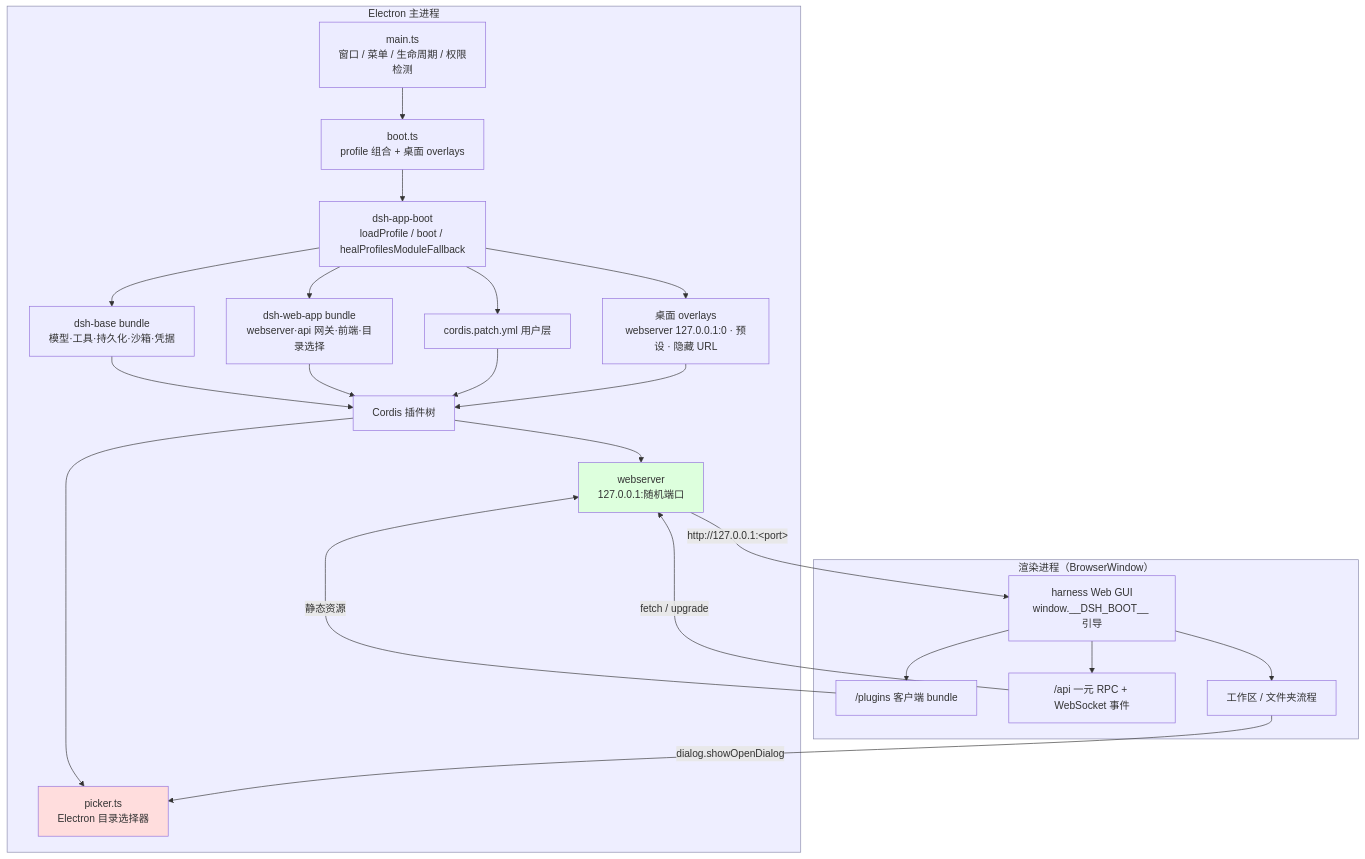
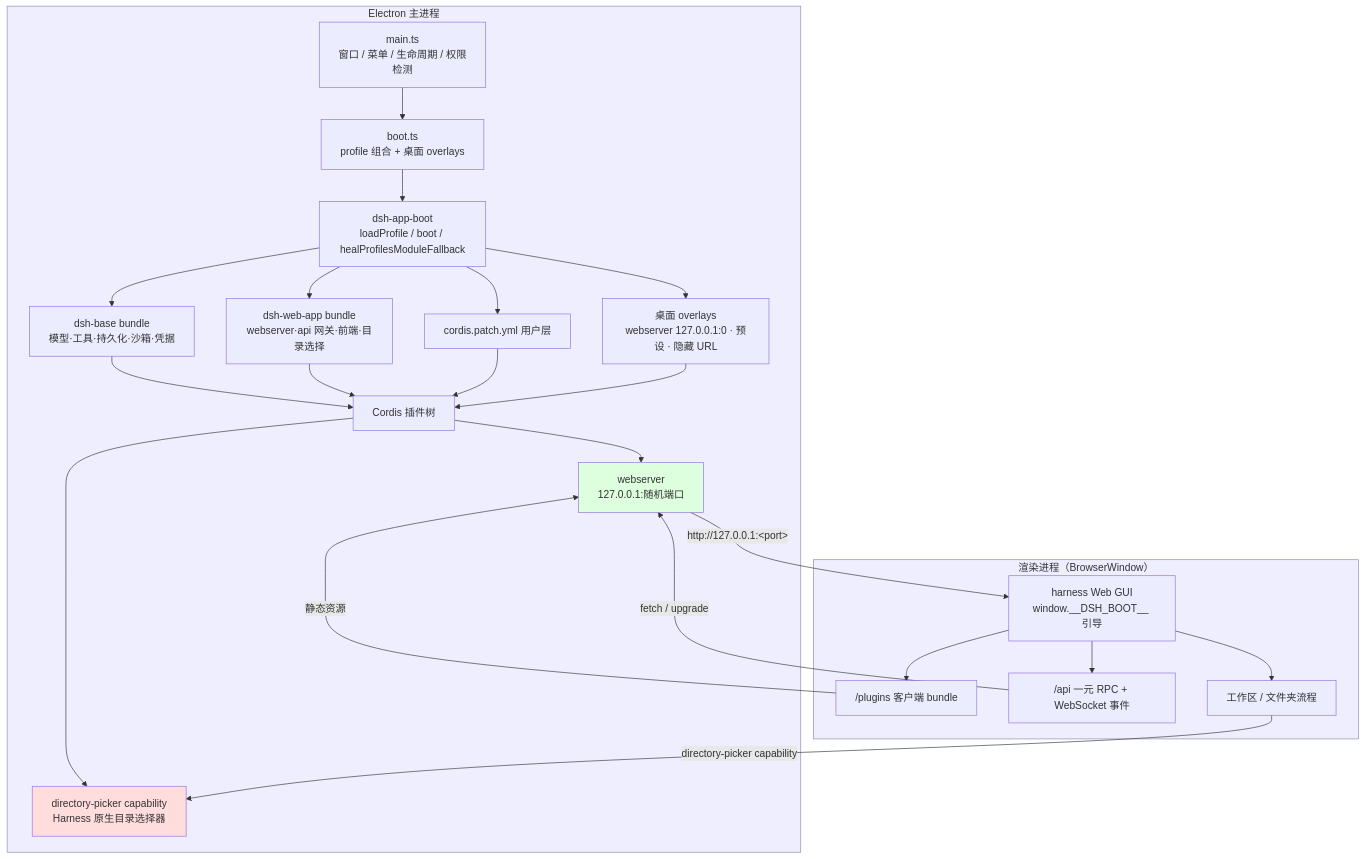
One commit to paitony/dsh-work changed the first of 2 diagrams in docs/architecture.md. Above: the diagram before and after it, drawn with Mermaid. The commit also changed other lines of this file and 5 other files, not shown here.

Commit message:
docs(desktop): add architecture and runtime diagrams

````diff
--- a/docs/architecture.md
+++ b/docs/architecture.md
@@ -5,30 +5,30 @@
 ```mermaid
 flowchart TB
     subgraph main["Electron 主进程"]
         M["main.ts<br/>窗口 / 菜单 / 生命周期 / 权限检测"] --> B["boot.ts<br/>profile 组合 + 桌面 overlays"]
         B --> BOOT["dsh-app-boot<br/>loadProfile / boot / healProfilesModuleFallback"]
         BOOT --> BASE["dsh-base bundle<br/>模型·工具·持久化·沙箱·凭据"]
         BOOT --> WEBAPP["dsh-web-app bundle<br/>webserver·api 网关·前端·目录选择"]
         BOOT --> USER["cordis.patch.yml 用户层"]
         BOOT --> OVERLAY["桌面 overlays<br/>webserver 127.0.0.1:0 · 预设 · 隐藏 URL"]
         BASE & WEBAPP & USER & OVERLAY --> TREE["Cordis 插件树"]
         TREE --> WS["webserver<br/>127.0.0.1:随机端口"]
-        TREE --> PICKER["picker.ts<br/>Electron 目录选择器"]
+        TREE --> PICKER["directory-picker capability<br/>Harness 原生目录选择器"]
     end
     subgraph renderer["渲染进程（BrowserWindow）"]
         UI["harness Web GUI<br/>window.__DSH_BOOT__ 引导"]
         UI --> BUNDLES["/plugins 客户端 bundle"]
         UI --> API["/api 一元 RPC + WebSocket 事件"]
         UI --> WSFLOW["工作区 / 文件夹流程"]
     end
     WS -- "http://127.0.0.1:&lt;port&gt;" --> UI
     BUNDLES -- "静态资源" --> WS
     API -- "fetch / upgrade" --> WS
-    WSFLOW -- "dialog.showOpenDialog" --> PICKER
+    WSFLOW -- "directory-picker capability" --> PICKER
 
     classDef process fill:#eef,stroke:#88a
     class main,renderer process
 
     style WS fill:#dfd
     style PICKER fill:#fdd
 ```
````
